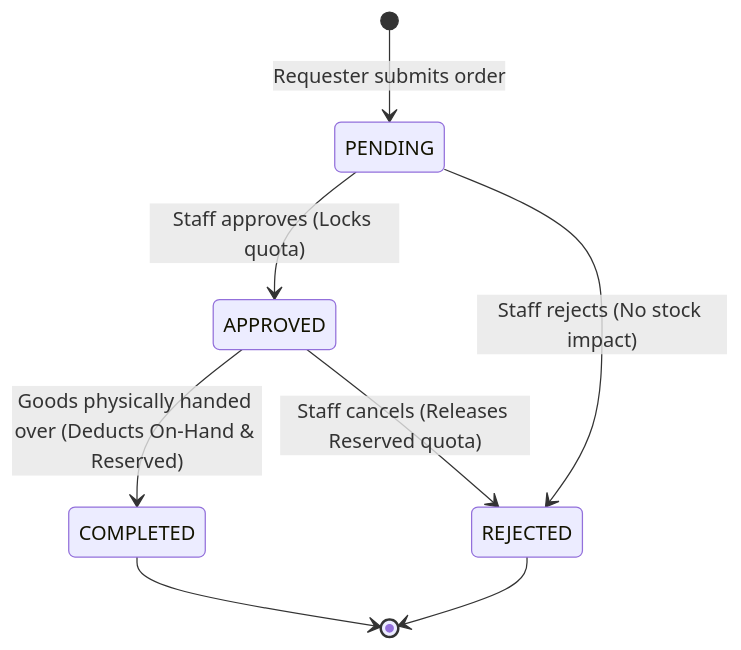
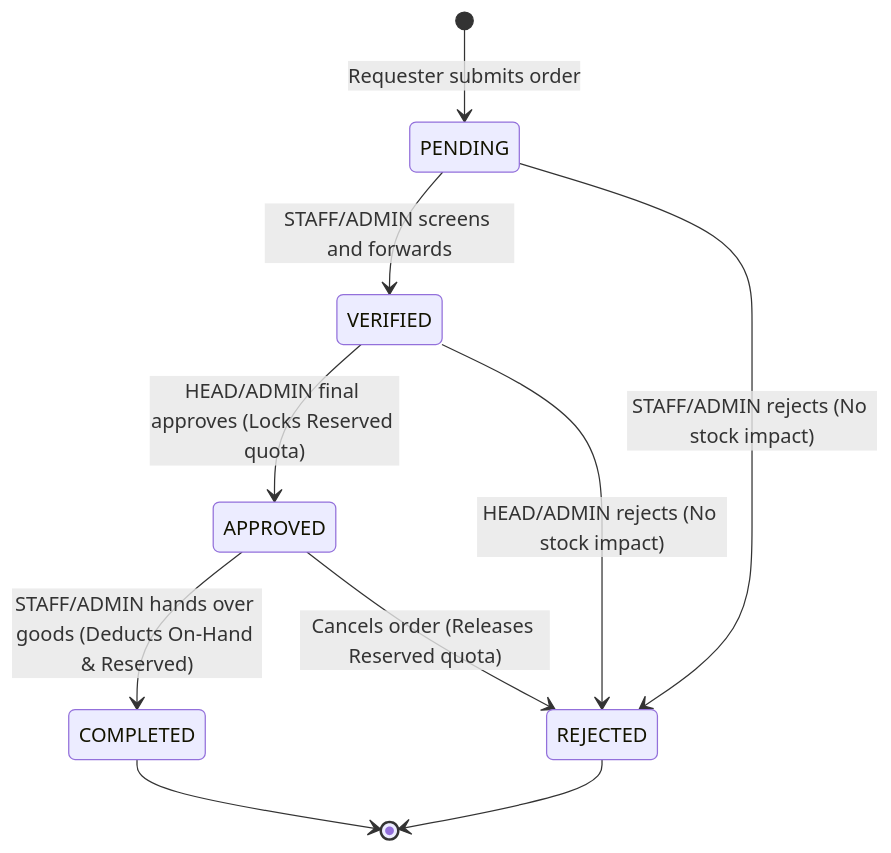
Before and after one commit to itsmekritsanai/stock-order-sdu: the diagram in .agents/skills/stock-order-rules/references/business-logic-and-state-machine.md, drawn with Mermaid. The commit also changed other lines of this file and 10 other files, not shown here.

Commit message:
docs: synchronize README, project context, roadmap, and skill docs with v3.8.3

````diff
--- a/.agents/skills/stock-order-rules/references/business-logic-and-state-machine.md
+++ b/.agents/skills/stock-order-rules/references/business-logic-and-state-machine.md
@@ -32,10 +32,12 @@
 ```mermaid
 stateDiagram-v2
     [*] --> PENDING: Requester submits order
-    PENDING --> APPROVED: Staff approves (Locks quota)
-    PENDING --> REJECTED: Staff rejects (No stock impact)
-    APPROVED --> COMPLETED: Goods physically handed over (Deducts On-Hand & Reserved)
-    APPROVED --> REJECTED: Staff cancels (Releases Reserved quota)
+    PENDING --> VERIFIED: STAFF/ADMIN screens and forwards
+    PENDING --> REJECTED: STAFF/ADMIN rejects (No stock impact)
+    VERIFIED --> APPROVED: HEAD/ADMIN final approves (Locks Reserved quota)
+    VERIFIED --> REJECTED: HEAD/ADMIN rejects (No stock impact)
+    APPROVED --> COMPLETED: STAFF/ADMIN hands over goods (Deducts On-Hand & Reserved)
+    APPROVED --> REJECTED: Cancels order (Releases Reserved quota)
     COMPLETED --> [*]
     REJECTED --> [*]
 ```
````
